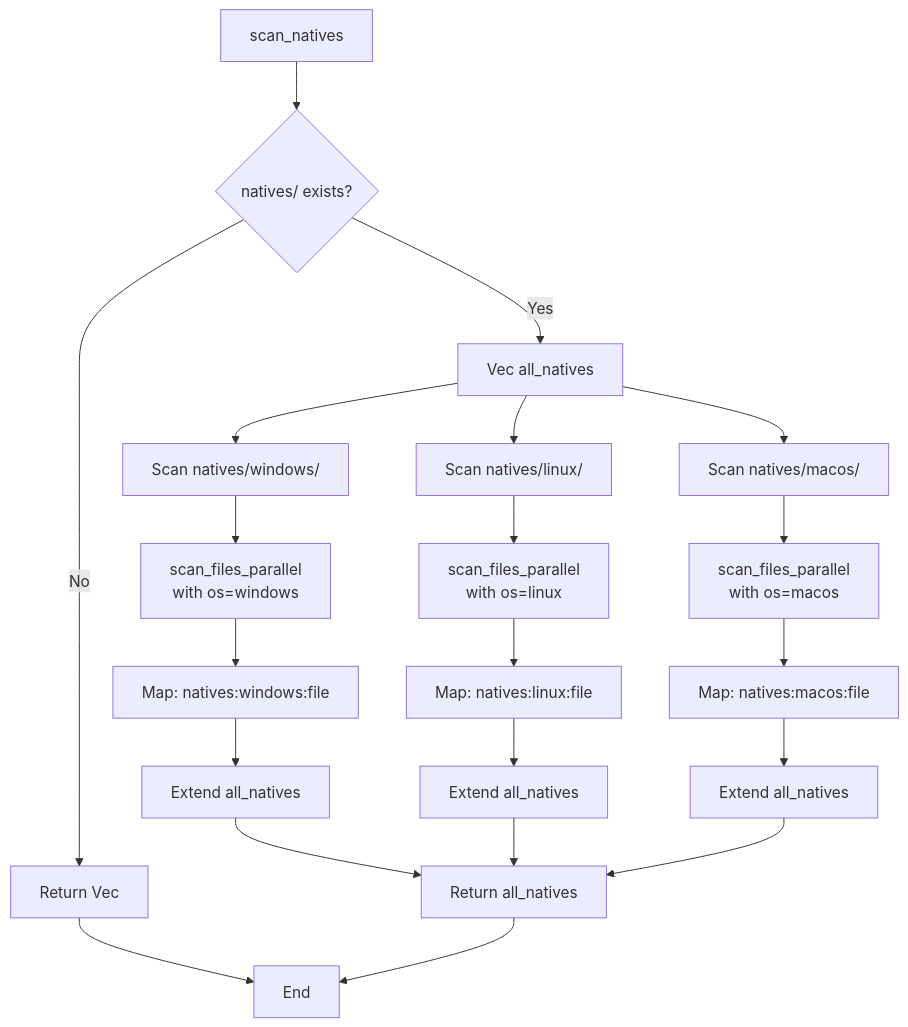
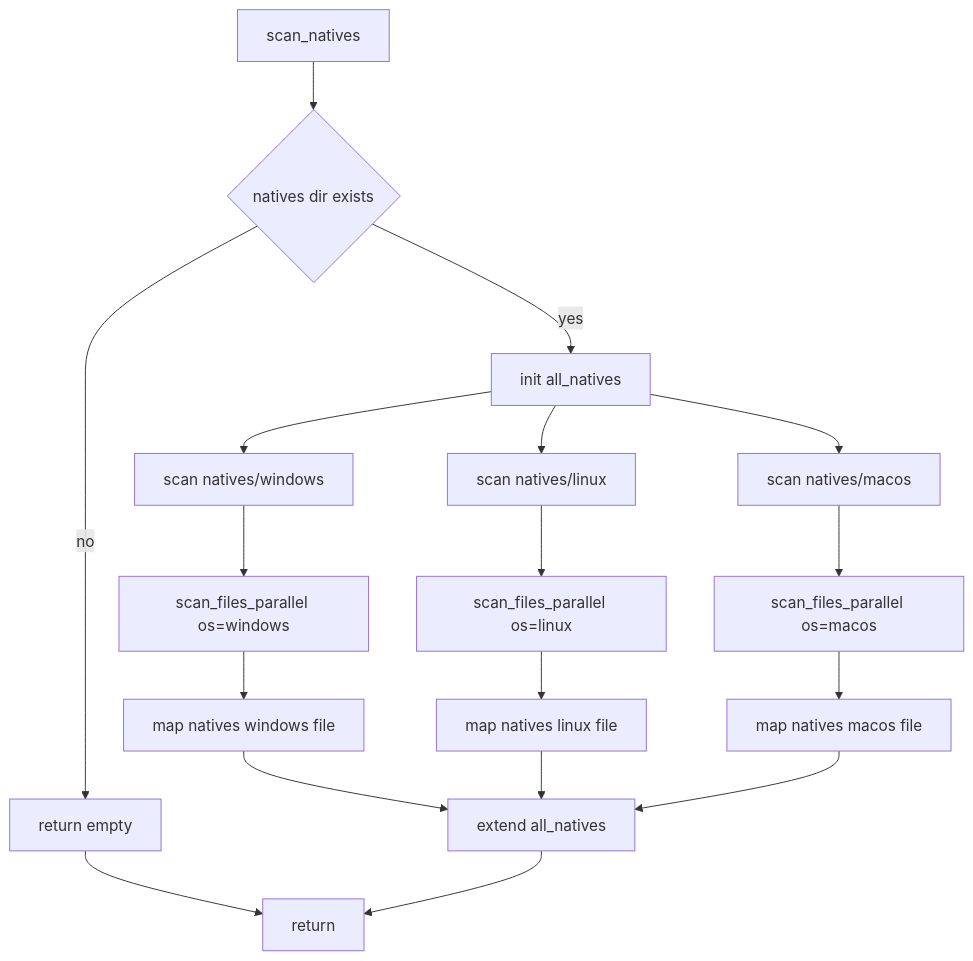
The fifth of 6 diagrams in crates/scanner/docs/flow.md (Lighty-Launcher/LightyUpdater), drawn with Mermaid before and after one commit. The commit also changed other lines of this file and 22 other files, not shown here.

First line of the commit message:
Simplify per-crate docs + harden mermaid for GitBook

````diff
--- a/crates/scanner/docs/flow.md
+++ b/crates/scanner/docs/flow.md
@@ -126,29 +123,25 @@
 ```mermaid
-graph TD
-    Start[scan_natives] --> CheckDir{natives/ exists?}
-    CheckDir -->|No| ReturnEmpty[Return Vec]
+flowchart TD
+    Start[scan_natives] --> Check{natives dir exists}
+    Check -->|no| Empty[return empty]
 
-    CheckDir -->|Yes| InitVec[Vec all_natives]
+    Check -->|yes| Init[init all_natives]
+    Init --> Win[scan natives/windows]
+    Init --> Lin[scan natives/linux]
+    Init --> Mac[scan natives/macos]
 
-    InitVec --> Windows[Scan natives/windows/]
-    InitVec --> Linux[Scan natives/linux/]
-    InitVec --> MacOS[Scan natives/macos/]
+    Win --> WinPar[scan_files_parallel os=windows]
+    Lin --> LinPar[scan_files_parallel os=linux]
+    Mac --> MacPar[scan_files_parallel os=macos]
 
-    Windows --> WinParallel[scan_files_parallel<br/>with os=windows]
-    Linux --> LinuxParallel[scan_files_parallel<br/>with os=linux]
-    MacOS --> MacParallel[scan_files_parallel<br/>with os=macos]
+    WinPar --> WinMap[map natives windows file]
+    LinPar --> LinMap[map natives linux file]
+    MacPar --> MacMap[map natives macos file]
 
-    WinParallel --> WinMap[Map: natives:windows:file]
-    LinuxParallel --> LinuxMap[Map: natives:linux:file]
-    MacParallel --> MacMap[Map: natives:macos:file]
+    WinMap --> Ext[extend all_natives]
+    LinMap --> Ext
+    MacMap --> Ext
 
-    WinMap --> Extend1[Extend all_natives]
-    LinuxMap --> Extend2[Extend all_natives]
-    MacMap --> Extend3[Extend all_natives]
-
-    Extend1 --> Return[Return all_natives]
-    Extend2 --> Return
-    Extend3 --> Return
-    ReturnEmpty --> End[End]
-    Return --> End
+    Empty --> End[return]
+    Ext --> End
 ```
````
